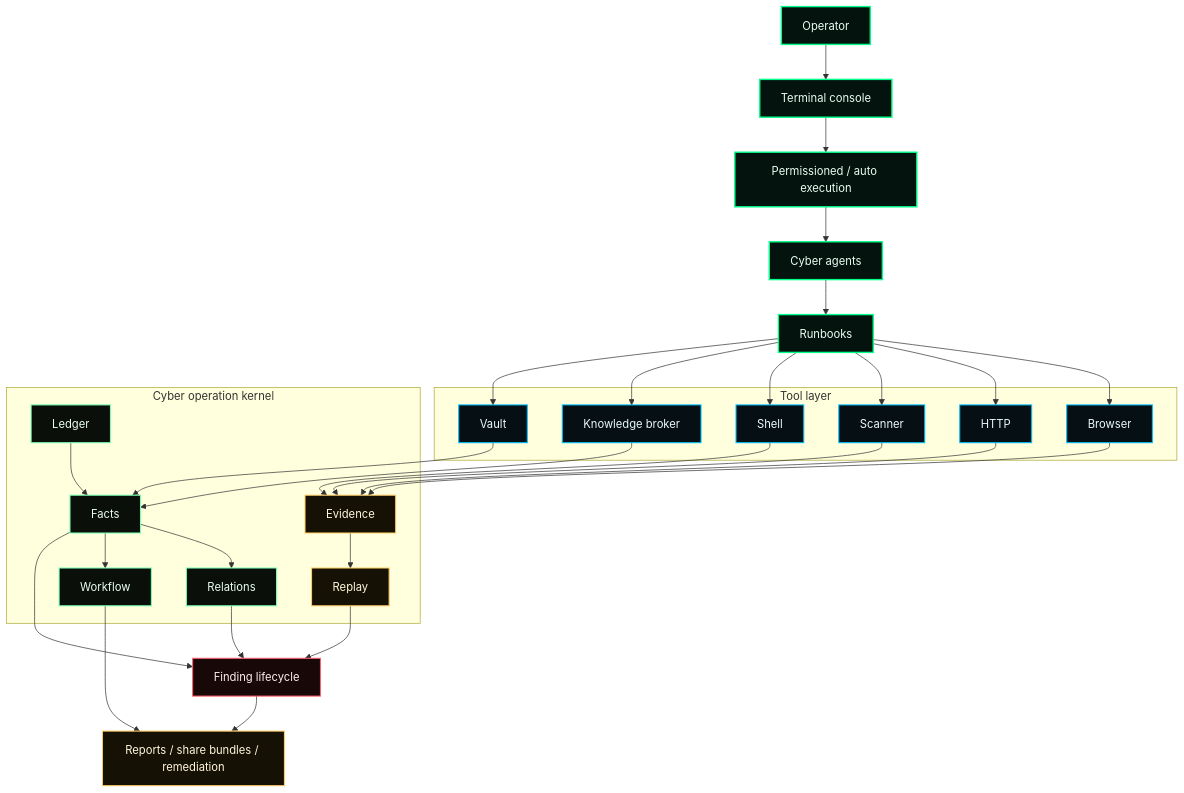
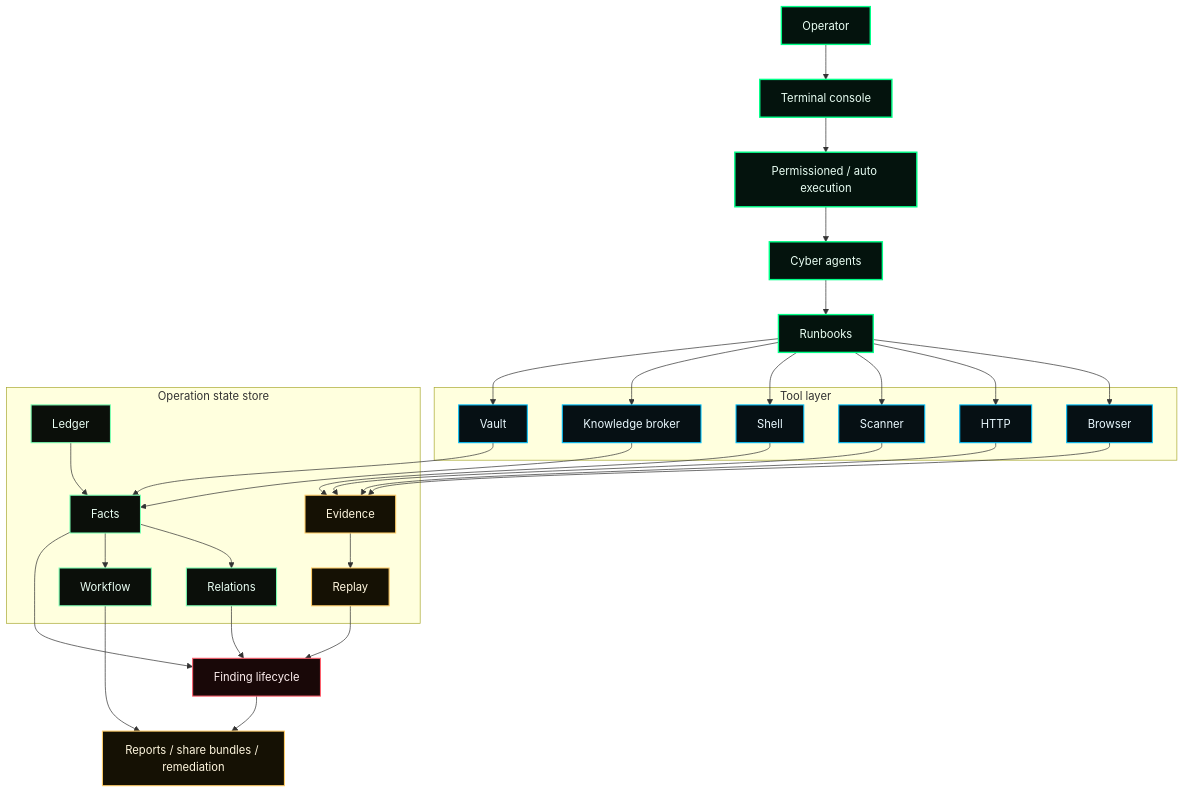
Before and after one commit to kranthiyelaboina/AEGISEC: the second of 3 diagrams in README.md, drawn with Mermaid. The commit also changed other lines of this file, not shown here.

````diff
--- a/README.md
+++ b/README.md
@@ -319,62 +365,62 @@
 ```mermaid
 flowchart TB
   operator["Operator"] --> console["Terminal console"]
   console --> control["Permissioned / auto execution"]
   control --> agents["Cyber agents"]
   agents --> runbooks["Runbooks"]
 
   subgraph tool_layer["Tool layer"]
     browser["Browser"]
     http["HTTP"]
     scanner["Scanner"]
     shell["Shell"]
     knowledge["Knowledge broker"]
     vault["Vault"]
   end
 
   runbooks --> browser
   runbooks --> http
   runbooks --> scanner
   runbooks --> shell
   runbooks --> knowledge
   runbooks --> vault
 
-  subgraph kernel["Cyber operation kernel"]
+  subgraph kernel["Operation state store"]
     ledger["Ledger"]
     facts["Facts"]
     relations["Relations"]
     evidence["Evidence"]
     replay["Replay"]
     workflow["Workflow"]
   end
 
   browser --> evidence
   http --> evidence
   scanner --> evidence
   shell --> evidence
   knowledge --> facts
   vault --> facts
 
   ledger --> facts
   facts --> relations
   evidence --> replay
   facts --> workflow
 
   facts --> lifecycle["Finding lifecycle"]
   relations --> lifecycle
   replay --> lifecycle
   workflow --> deliverables["Reports / share bundles / remediation"]
   lifecycle --> deliverables
 
   classDef top fill:#04130d,stroke:#00ff88,color:#eafff4,stroke-width:2px;
   classDef tool fill:#061014,stroke:#00c2ff,color:#eaf9ff,stroke-width:1.5px;
   classDef state fill:#0b0f0a,stroke:#7affb2,color:#eafff4,stroke-width:1.5px;
   classDef proofNode fill:#151104,stroke:#ffcc66,color:#fff7df,stroke-width:1.5px;
   classDef findingNode fill:#190808,stroke:#ff5f6d,color:#fff0f0,stroke-width:1.5px;
 
   class operator,console,control,agents,runbooks top;
   class browser,http,scanner,shell,knowledge,vault tool;
   class ledger,facts,relations,workflow state;
   class evidence,replay,deliverables proofNode;
   class lifecycle findingNode;
 ```
````
